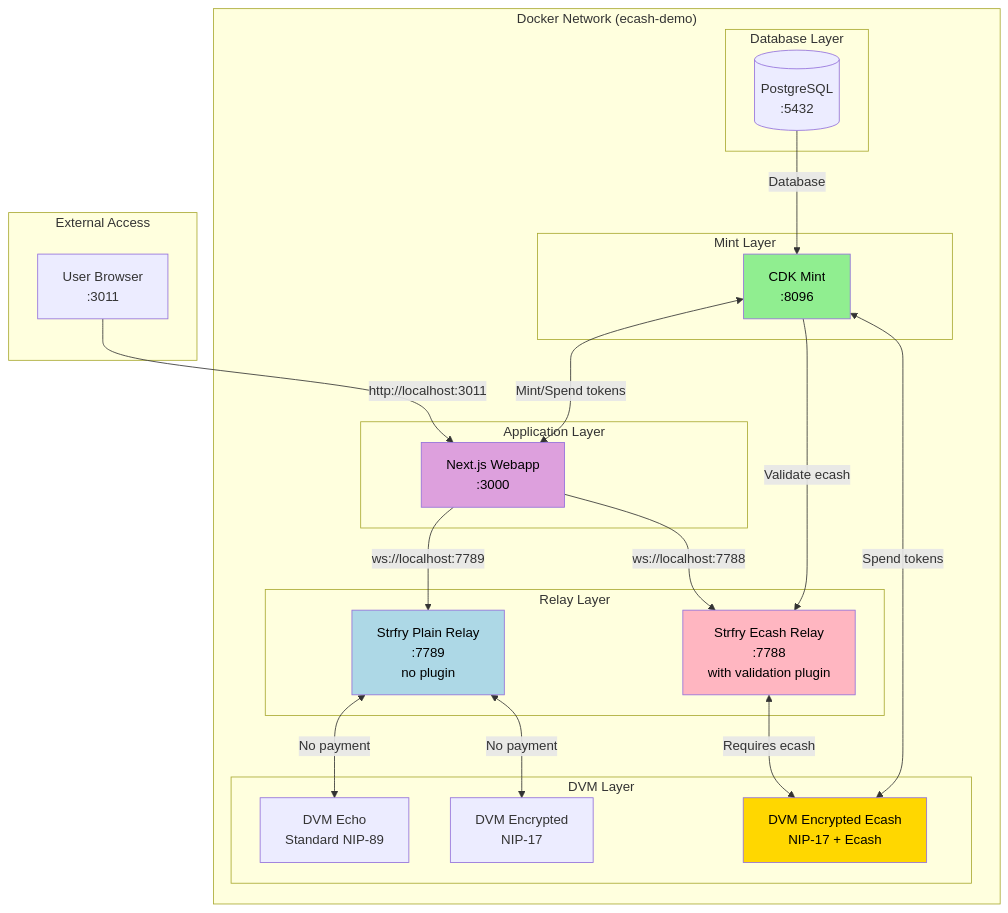
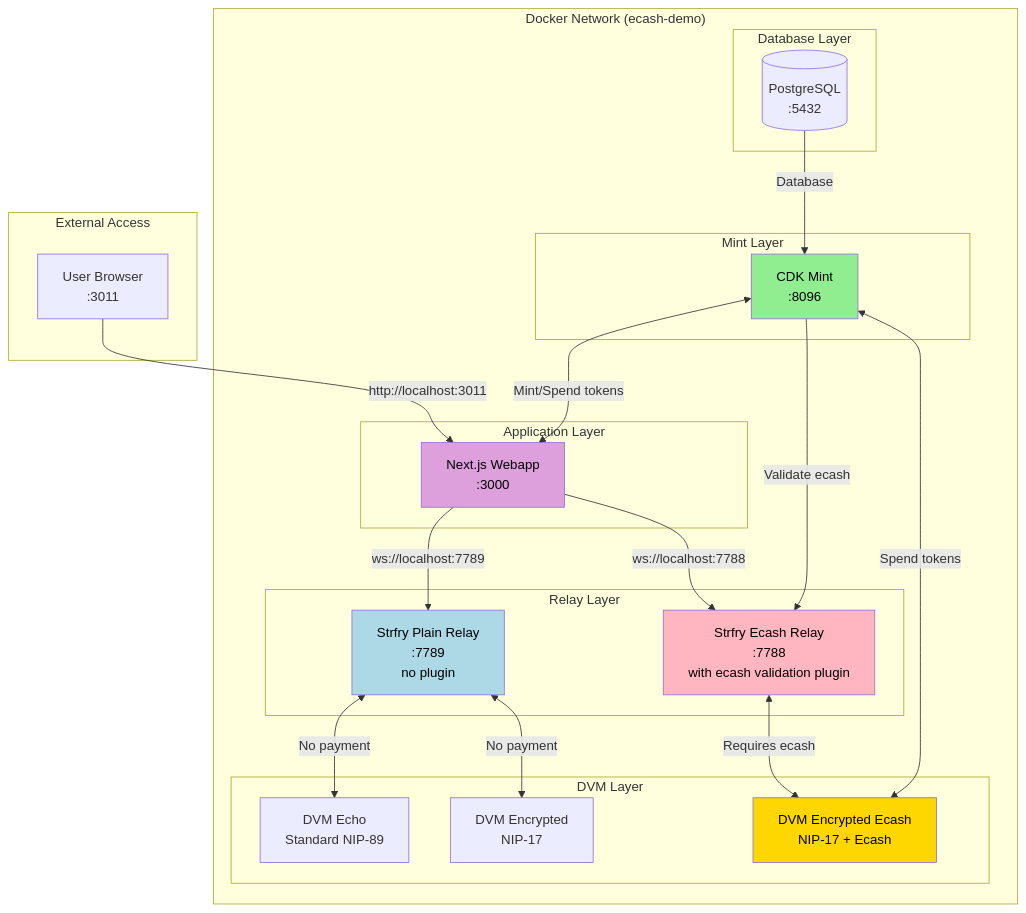
One commit to dtdannen/strfry-ecash-plugin-dvm-demo changed the diagram in README.md. Above: the diagram before and after it, drawn with Mermaid.

Commit message:
Clarify ecash validation plugin in architecture diagram
- Update relay description to specify "ecash validation plugin"

🤖 Generated with [Claude Code](https://claude.com/claude-code)

````diff
--- a/README.md
+++ b/README.md
@@ -15,50 +15,50 @@
 ```mermaid
 graph TB
     subgraph "External Access"
         USER[User Browser<br/>:3011]
     end
 
     subgraph "Docker Network (ecash-demo)"
         subgraph "Database Layer"
             PG[(PostgreSQL<br/>:5432)]
         end
 
         subgraph "Mint Layer"
             MINT[CDK Mint<br/>:8096]
         end
 
         subgraph "Relay Layer"
-            RELAY_ECASH[Strfry Ecash Relay<br/>:7788<br/>with validation plugin]
+            RELAY_ECASH[Strfry Ecash Relay<br/>:7788<br/>with ecash validation plugin]
             RELAY_PLAIN[Strfry Plain Relay<br/>:7789<br/>no plugin]
         end
 
         subgraph "Application Layer"
             WEBAPP[Next.js Webapp<br/>:3000]
         end
 
         subgraph "DVM Layer"
             DVM_ECHO[DVM Echo<br/>Standard NIP-89]
             DVM_ENC[DVM Encrypted<br/>NIP-17]
             DVM_ECASH[DVM Encrypted Ecash<br/>NIP-17 + Ecash]
         end
     end
 
     PG -->|Database| MINT
     MINT -->|Validate ecash| RELAY_ECASH
     MINT <-->|Mint/Spend tokens| WEBAPP
     MINT <-->|Spend tokens| DVM_ECASH
 
     RELAY_PLAIN <-->|No payment| DVM_ECHO
     RELAY_PLAIN <-->|No payment| DVM_ENC
     RELAY_ECASH <-->|Requires ecash| DVM_ECASH
 
     USER -->|http://localhost:3011| WEBAPP
     WEBAPP -->|ws://localhost:7788| RELAY_ECASH
     WEBAPP -->|ws://localhost:7789| RELAY_PLAIN
 
     style MINT fill:#90EE90,color:#000
     style RELAY_ECASH fill:#FFB6C1,color:#000
     style RELAY_PLAIN fill:#ADD8E6,color:#000
     style WEBAPP fill:#DDA0DD,color:#000
     style DVM_ECASH fill:#FFD700,color:#000
 ```
````
